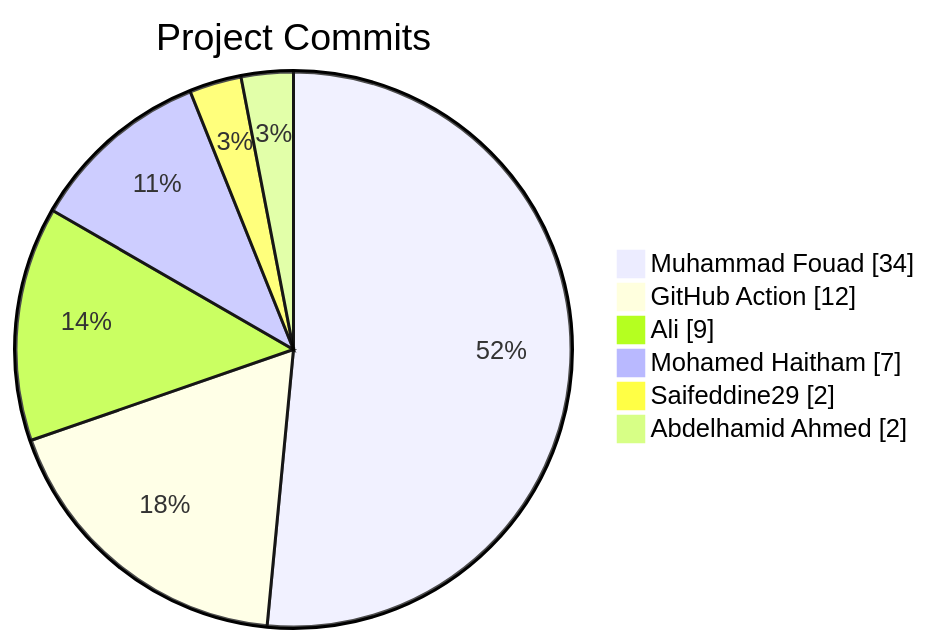
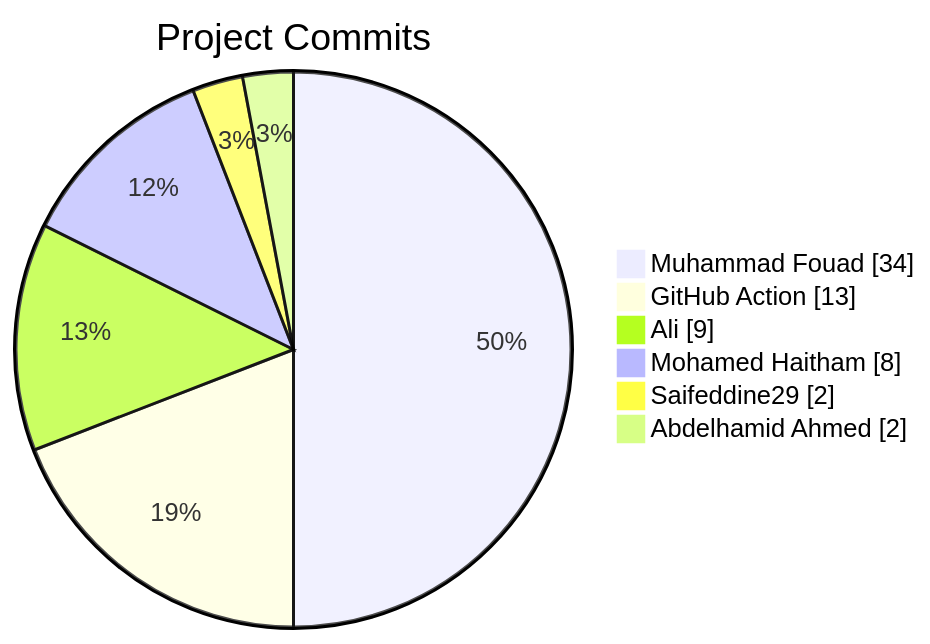
Before and after one commit to Abdelhamid-El-rashidy/Library_System: the diagram in README.md, drawn with Mermaid.

Commit message:
docs: update contributor stats [skip ci]

````diff
--- a/README.md
+++ b/README.md
@@ -11,10 +11,10 @@
 ```mermaid
 pie showData
     title Project Commits
     "Muhammad Fouad" : 34
-    "GitHub Action" : 12
+    "GitHub Action" : 13
     "Ali" : 9
-    "Mohamed Haitham" : 7
+    "Mohamed Haitham" : 8
     "Saifeddine29" : 2
     "Abdelhamid Ahmed" : 2
 ```
````
